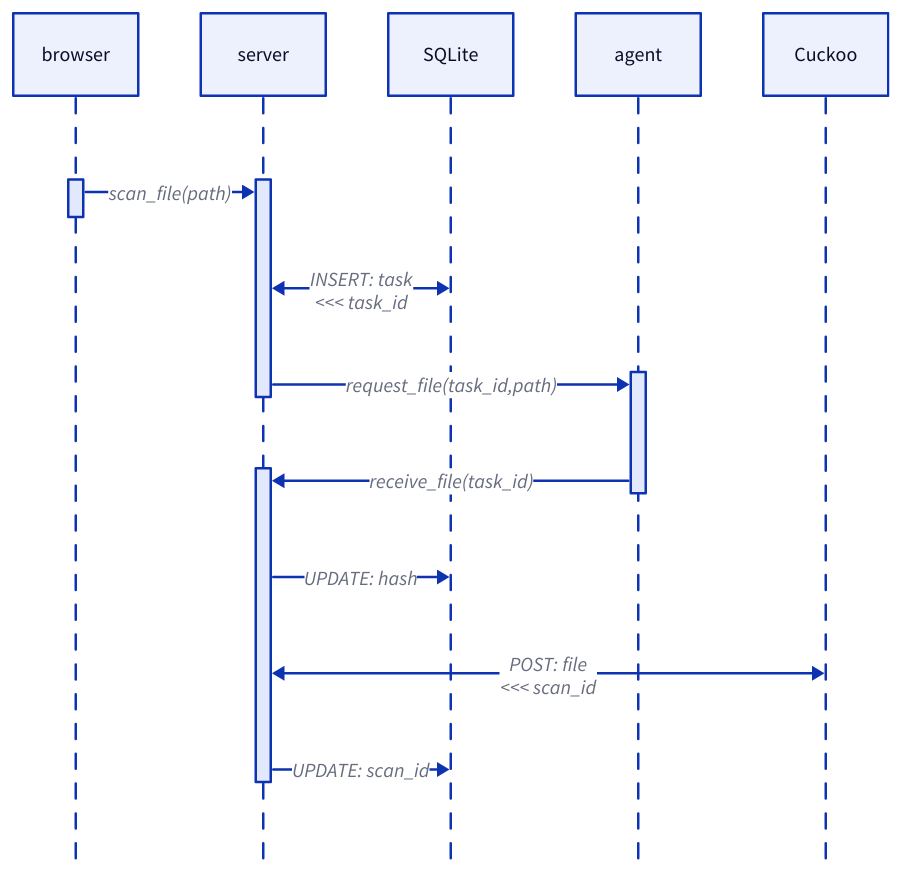
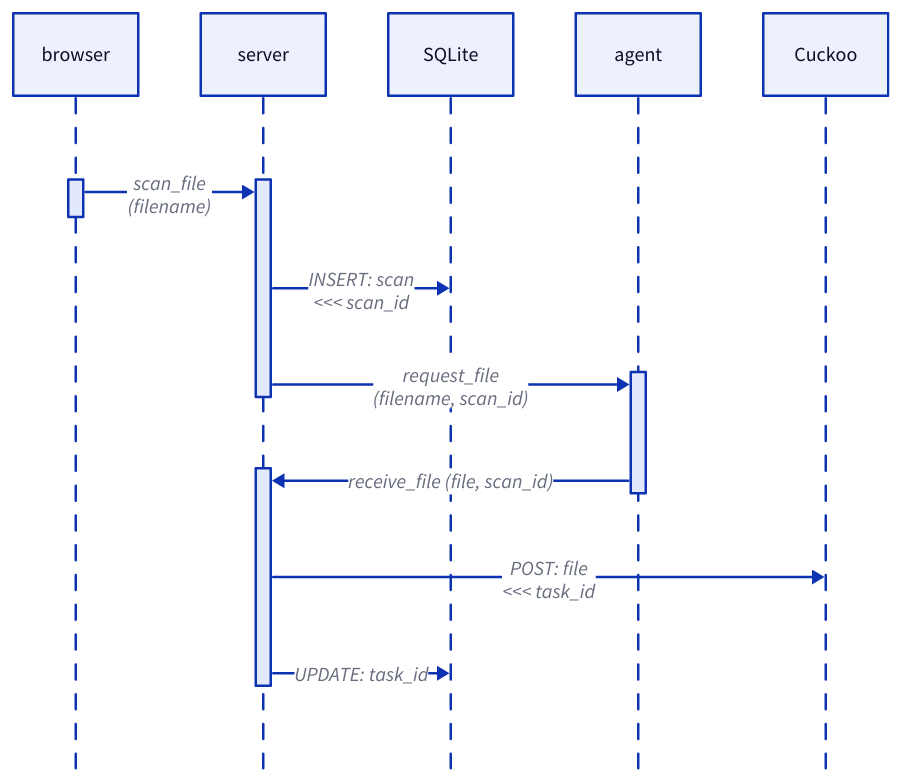
One commit to cyberok-org/soldr-modules changed the diagram in sandbox/docs/new_task_seq.d2. Above: the diagram before and after it, drawn with D2. The commit also changed 1 other file, not shown here.

```diff
--- a/sandbox/docs/new_task_seq.d2
+++ b/sandbox/docs/new_task_seq.d2
@@ -1,11 +1,10 @@
 shape: sequence_diagram
 
 browser; server; SQLite; agent; Cuckoo
 
-server.a <- browser.a: scan_file(path)
-server.a <-> SQLite: INSERT: task\n<<< task_id
-server.a -> agent.a: request_file(task_id,path)
-server.b <- agent.a: receive_file(task_id)
-server.b -> SQLite: UPDATE: hash
-server.b <-> Cuckoo: POST: file\n<<< scan_id
-server.b -> SQLite: UPDATE: scan_id
+server.a <- browser.a: scan_file\n(filename)
+server.a -> SQLite: INSERT: scan\n<<< scan_id
+server.a -> agent.a: request_file\n(filename, scan_id)
+server.b <- agent.a: receive_file (file, scan_id)
+server.b -> Cuckoo: POST: file\n<<< task_id
+server.b -> SQLite: UPDATE: task_id
```
